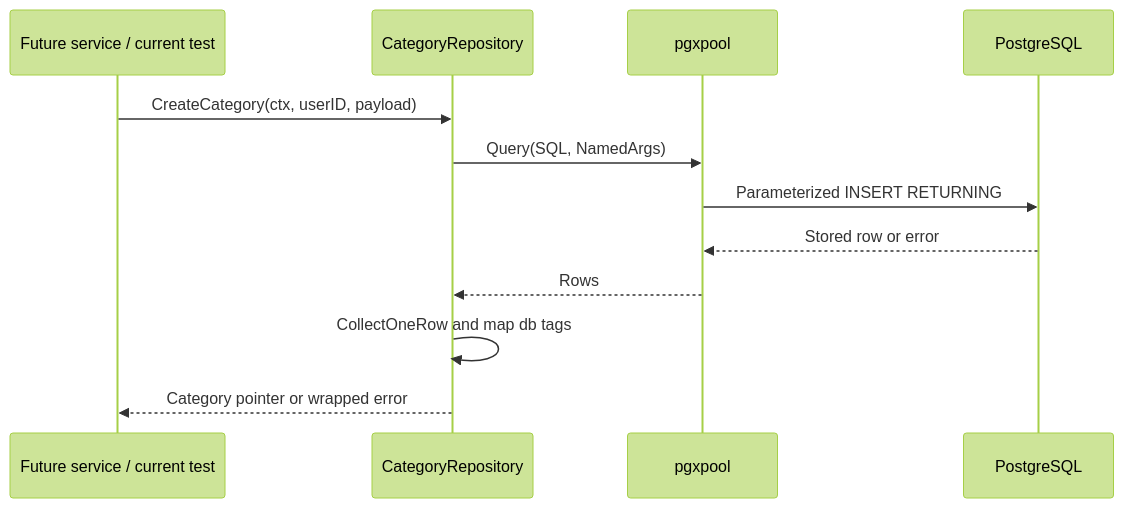
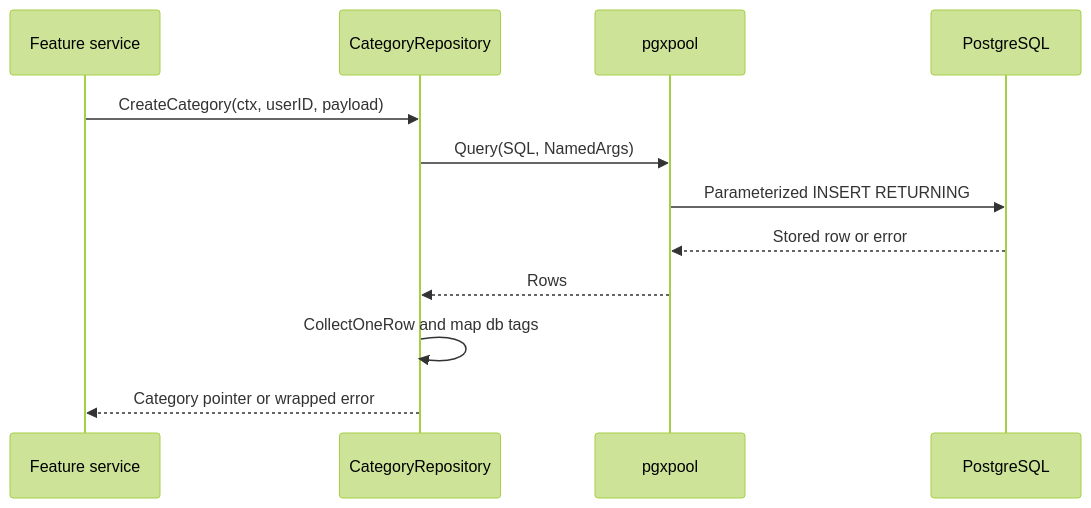
Before and after one commit to vinaykvv00/tasker: the diagram in apps/backend/internal/repository/README.md, drawn with Mermaid (forest theme). The commit also changed other lines of this file and 36 other files, not shown here.

````diff
--- a/apps/backend/internal/repository/README.md
+++ b/apps/backend/internal/repository/README.md
@@ -29,14 +29,14 @@
 ```mermaid
 sequenceDiagram
-    participant Caller as Future service / current test
+    participant Caller as Feature service
     participant Repo as CategoryRepository
     participant Pool as pgxpool
     participant DB as PostgreSQL
     Caller->>Repo: CreateCategory(ctx, userID, payload)
     Repo->>Pool: Query(SQL, NamedArgs)
     Pool->>DB: Parameterized INSERT RETURNING
     DB-->>Pool: Stored row or error
     Pool-->>Repo: Rows
     Repo->>Repo: CollectOneRow and map db tags
     Repo-->>Caller: Category pointer or wrapped error
 ```
````
